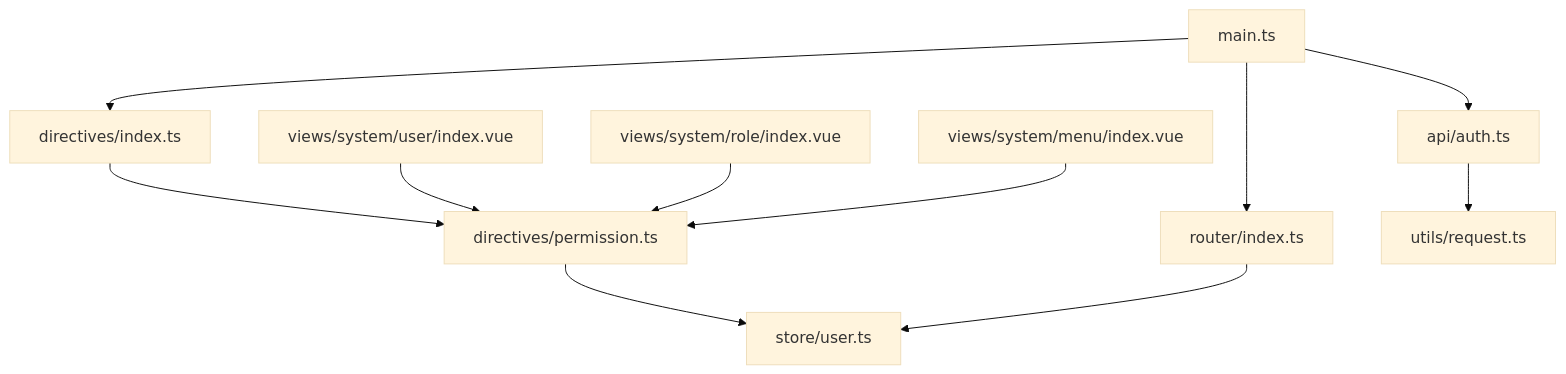
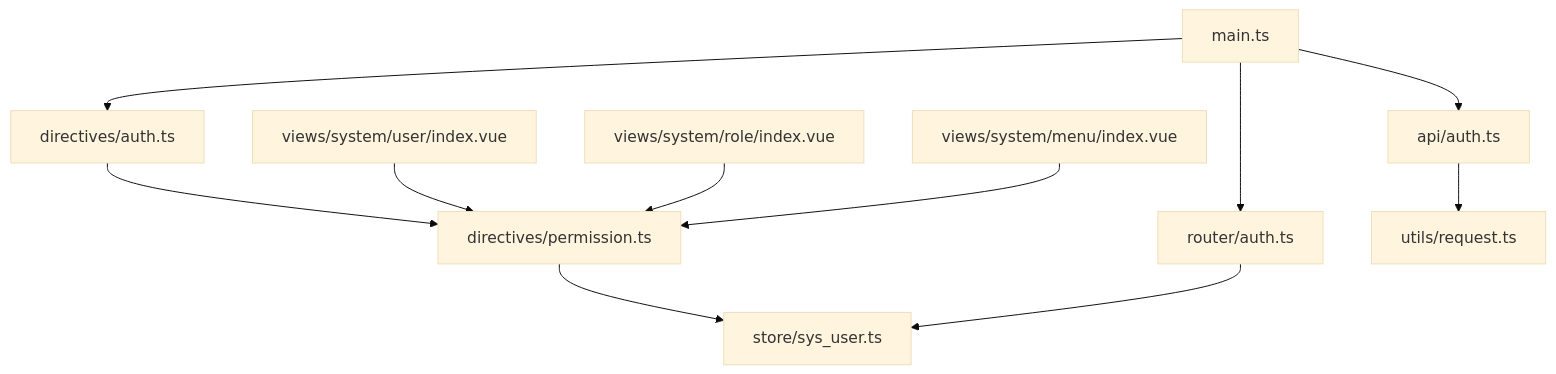
The seventh of 7 diagrams in .qoder/repowiki/zh/content/核心功能模块/权限控制系统.md (qiseyun/vue-ts-admin), drawn with Mermaid (base theme) before and after one commit. The commit also changed other lines of this file and 42 other files, not shown here.

````diff
--- a/.qoder/repowiki/zh/content/核心功能模块/权限控制系统.md
+++ b/.qoder/repowiki/zh/content/核心功能模块/权限控制系统.md
@@ -319,13 +319,13 @@
 ```mermaid
 graph TB
-MAIN["main.ts"] --> DIR_INDEX["directives/index.ts"]
+MAIN["main.ts"] --> DIR_INDEX["directives/auth.ts"]
 DIR_INDEX --> DIR_PERM["directives/permission.ts"]
-DIR_PERM --> STORE_USER["store/user.ts"]
-MAIN --> ROUTER["router/index.ts"]
+DIR_PERM --> STORE_USER["store/sys_user.ts"]
+MAIN --> ROUTER["router/auth.ts"]
 ROUTER --> STORE_USER
 MAIN --> API_AUTH["api/auth.ts"]
 API_AUTH --> UTIL_REQ["utils/request.ts"]
 VIEW_USER["views/system/user/index.vue"] --> DIR_PERM
 VIEW_ROLE["views/system/role/index.vue"] --> DIR_PERM
 VIEW_MENU["views/system/menu/index.vue"] --> DIR_PERM
 ```
````
